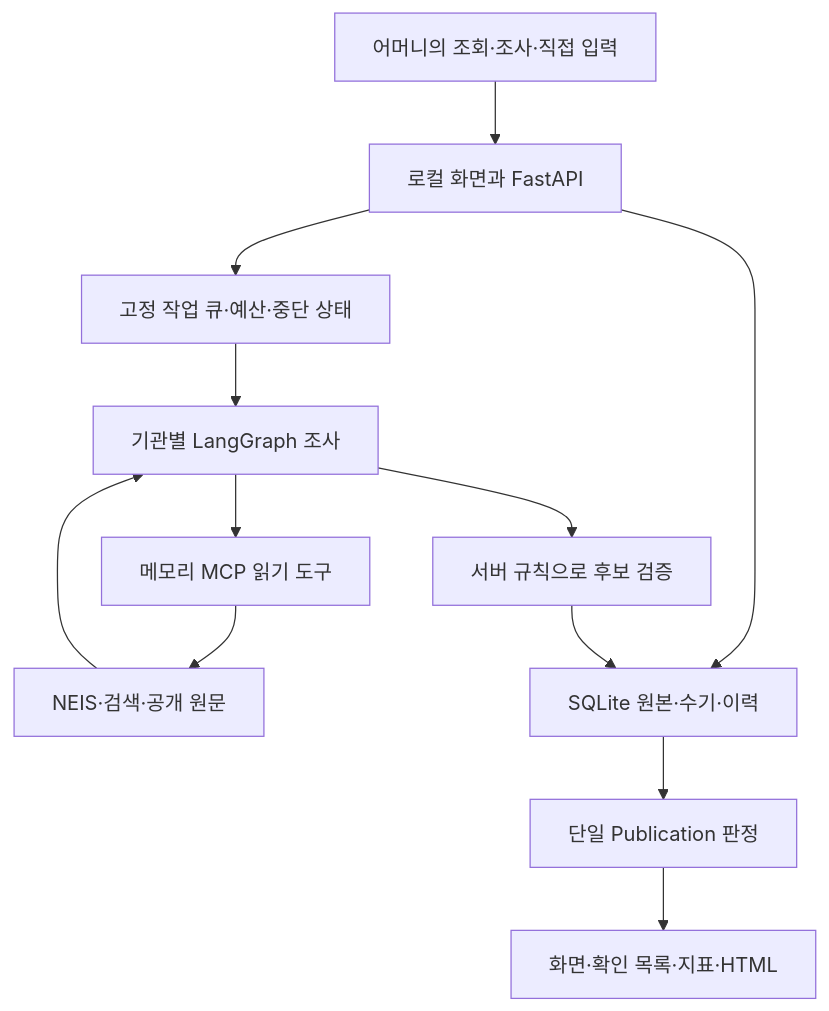
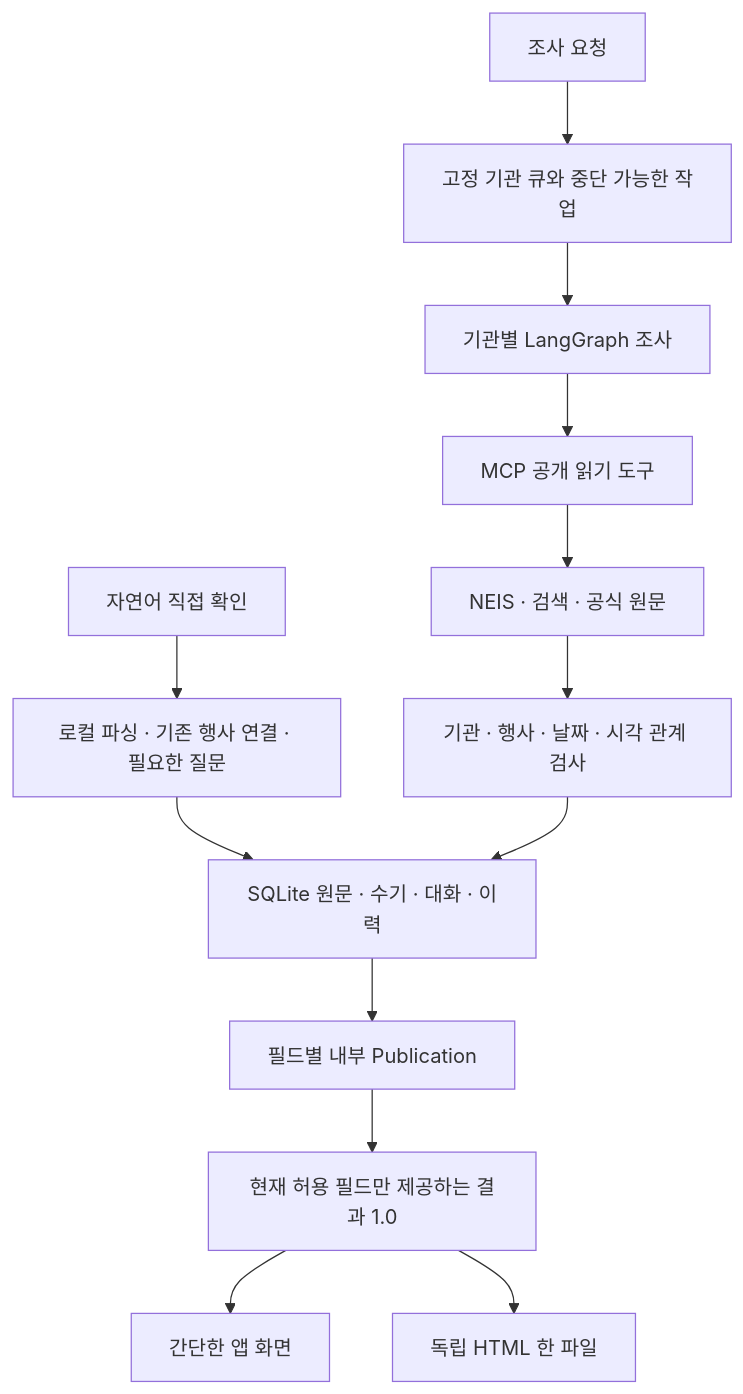
The diagram in docs/ARCHITECTURE.md (huizoo/gwangju-graduation-search-agent), drawn with Mermaid before and after one commit. The commit also changed other lines of this file and 18 other files, not shown here.

````diff
--- a/docs/ARCHITECTURE.md
+++ b/docs/ARCHITECTURE.md
@@ -9,14 +7,15 @@
 ```mermaid
 flowchart TD
-    U[어머니의 조회·조사·직접 입력] --> A[로컬 화면과 FastAPI]
-    A --> J[고정 작업 큐·예산·중단 상태]
-    J --> G[기관별 LangGraph 조사]
-    G --> M[메모리 MCP 읽기 도구]
-    M --> P[NEIS·검색·공개 원문]
-    P --> G
-    G --> V[서버 규칙으로 후보 검증]
-    A --> S[SQLite 원본·수기·이력]
-    V --> S
-    S --> C[단일 Publication 판정]
-    C --> O[화면·확인 목록·지표·HTML]
+  U[조사 요청] --> J[고정 기관 큐와 중단 가능한 작업]
+  J --> G[기관별 LangGraph 조사]
+  G --> M[MCP 공개 읽기 도구]
+  M --> P[NEIS · 검색 · 공식 원문]
+  P --> V[기관 · 행사 · 날짜 · 시각 관계 검사]
+  N[자연어 직접 확인] --> C[로컬 파싱 · 기존 행사 연결 · 필요한 질문]
+  C --> S[SQLite 원문 · 수기 · 대화 · 이력]
+  V --> S
+  S --> A[필드별 내부 Publication]
+  A --> R[현재 허용 필드만 제공하는 결과 1.0]
+  R --> UI[간단한 앱 화면]
+  R --> H[독립 HTML 한 파일]
 ```
````
